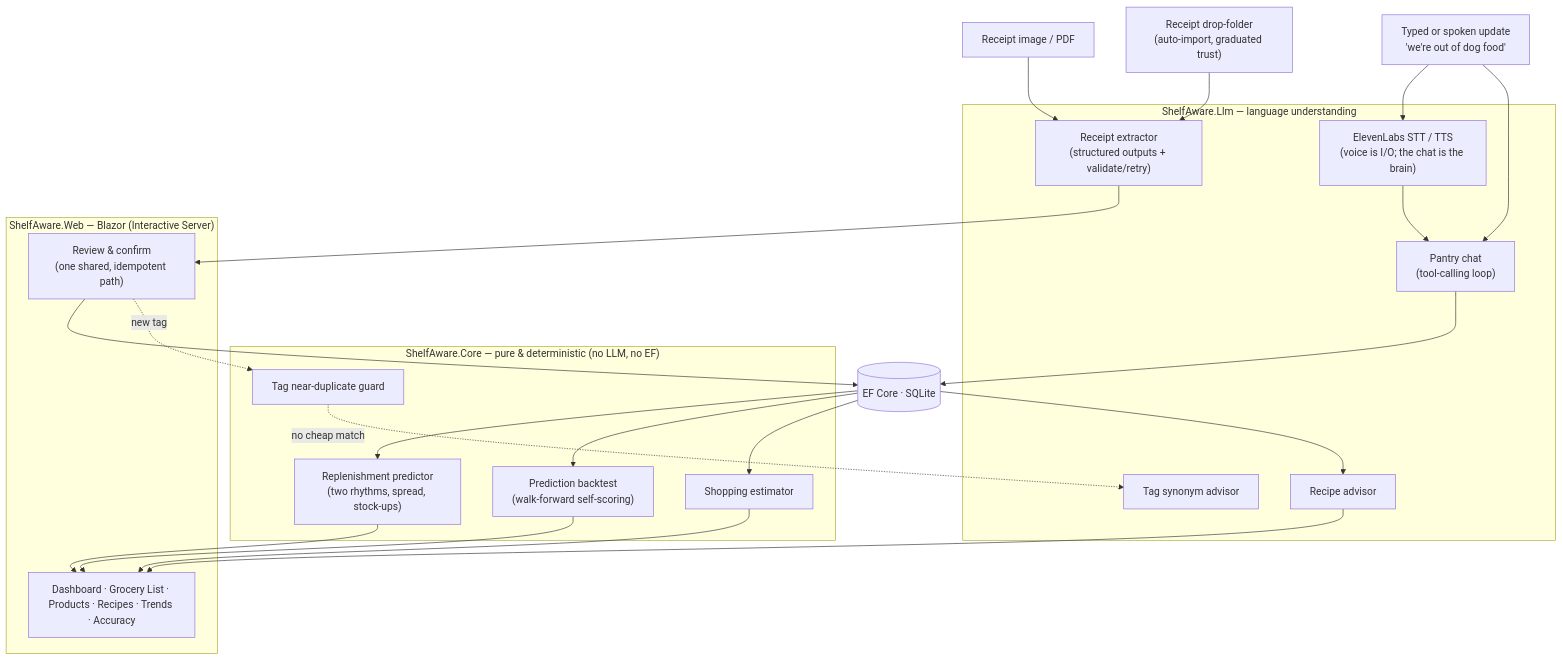
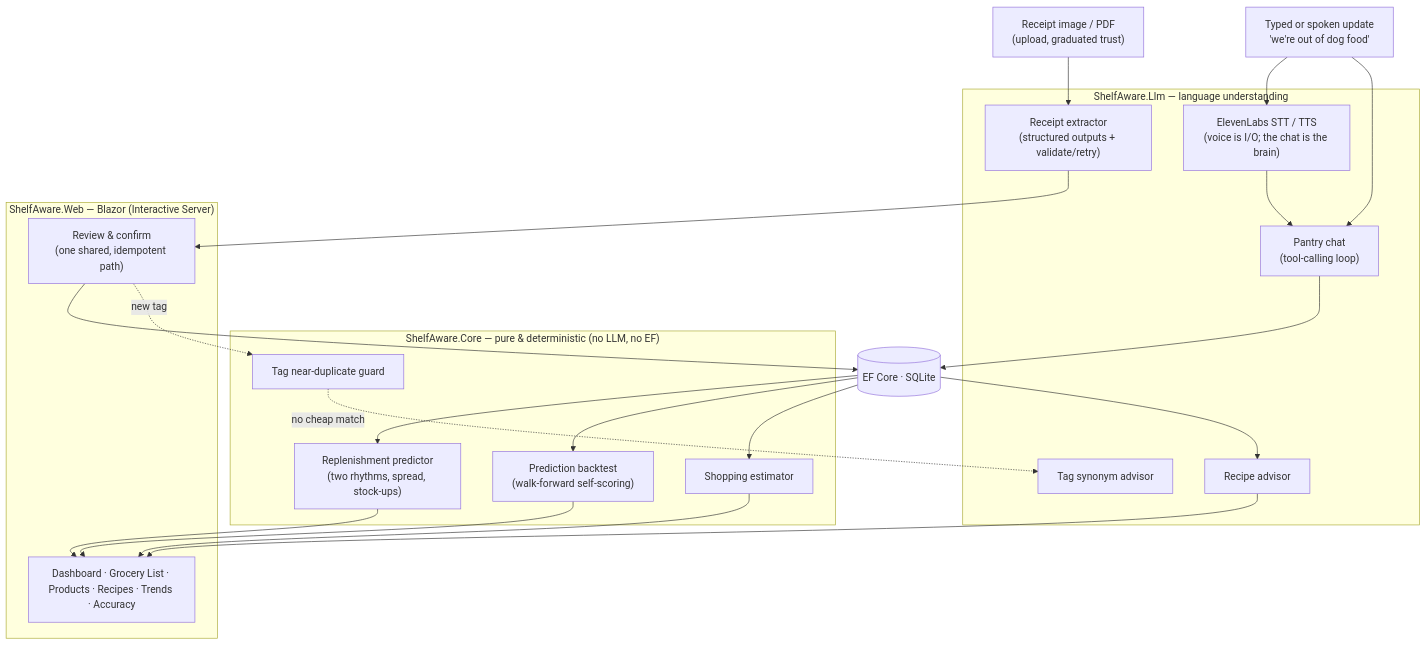
Before and after one commit to Jcurran-Repo/ShelfAware: the diagram in README.md, drawn with Mermaid. The commit also changed other lines of this file and 2 other files, not shown here.

First line of the commit message:
Docs: v3.8 folder-import retirement + upload Smart confirm

````diff
--- a/README.md
+++ b/README.md
@@ -120,40 +120,38 @@
 ```mermaid
 flowchart TD
-    R["Receipt image / PDF"]
-    IN["Receipt drop-folder<br/>(auto-import, graduated trust)"]
+    R["Receipt image / PDF<br/>(upload, graduated trust)"]
     NL["Typed or spoken update<br/>'we're out of dog food'"]
 
     subgraph LLM["ShelfAware.Llm — language understanding"]
       EX["Receipt extractor<br/>(structured outputs + validate/retry)"]
       CH["Pantry chat<br/>(tool-calling loop)"]
       VO["ElevenLabs STT / TTS<br/>(voice is I/O; the chat is the brain)"]
       TA["Tag synonym advisor"]
       RA["Recipe advisor"]
     end
 
     subgraph CORE["ShelfAware.Core — pure & deterministic (no LLM, no EF)"]
       PR["Replenishment predictor<br/>(two rhythms, spread, stock-ups)"]
       BT["Prediction backtest<br/>(walk-forward self-scoring)"]
       TG["Tag near-duplicate guard"]
       SE["Shopping estimator"]
     end
 
     DB[("EF Core · SQLite")]
 
     subgraph WEB["ShelfAware.Web — Blazor (Interactive Server)"]
       RV["Review &amp; confirm<br/>(one shared, idempotent path)"]
       UI["Dashboard · Grocery List · Products · Recipes · Trends · Accuracy"]
     end
 
     R --> EX
-    IN --> EX
     EX --> RV --> DB
     NL --> VO --> CH
     NL --> CH --> DB
     DB --> PR --> UI
     DB --> BT --> UI
     DB --> SE --> UI
     RV -. "new tag" .-> TG
     TG -. "no cheap match" .-> TA
     DB --> RA --> UI
 ```
````
